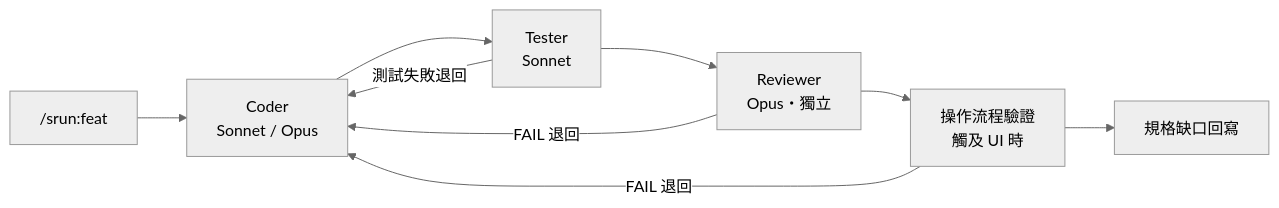
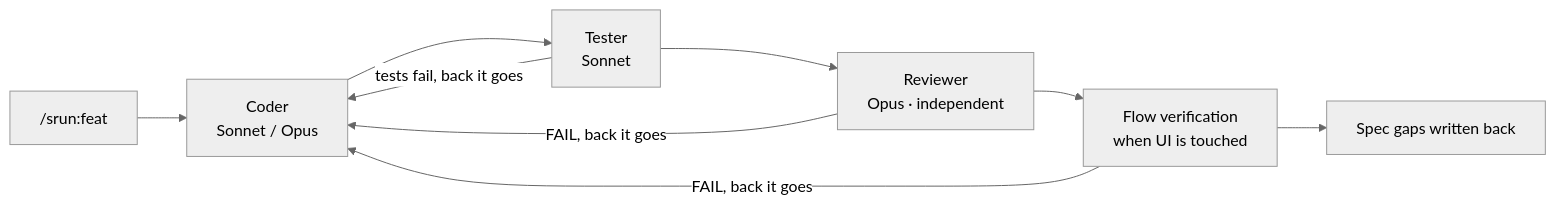
Before and after one commit to jay123578951/specrun: the second of 2 diagrams in README.md, drawn with Mermaid (neutral theme). The commit also changed other lines of this file and 3 other files, not shown here.

````diff
--- a/README.md
+++ b/README.md
@@ -31,11 +33,11 @@
 ```mermaid
 flowchart LR
     A["/srun:feat"] --> Coder
     Coder["Coder<br/>Sonnet / Opus"] --> Tester["Tester<br/>Sonnet"]
-    Tester -- "測試失敗退回" --> Coder
-    Tester --> Reviewer["Reviewer<br/>Opus・獨立"]
-    Reviewer -- "FAIL 退回" --> Coder
-    Reviewer --> Verify["操作流程驗證<br/>觸及 UI 時"]
-    Verify -- "FAIL 退回" --> Coder
-    Verify --> Gap["規格缺口回寫"]
+    Tester -- "tests fail, back it goes" --> Coder
+    Tester --> Reviewer["Reviewer<br/>Opus · independent"]
+    Reviewer -- "FAIL, back it goes" --> Coder
+    Reviewer --> Verify["Flow verification<br/>when UI is touched"]
+    Verify -- "FAIL, back it goes" --> Coder
+    Verify --> Gap["Spec gaps written back"]
 ```
````
